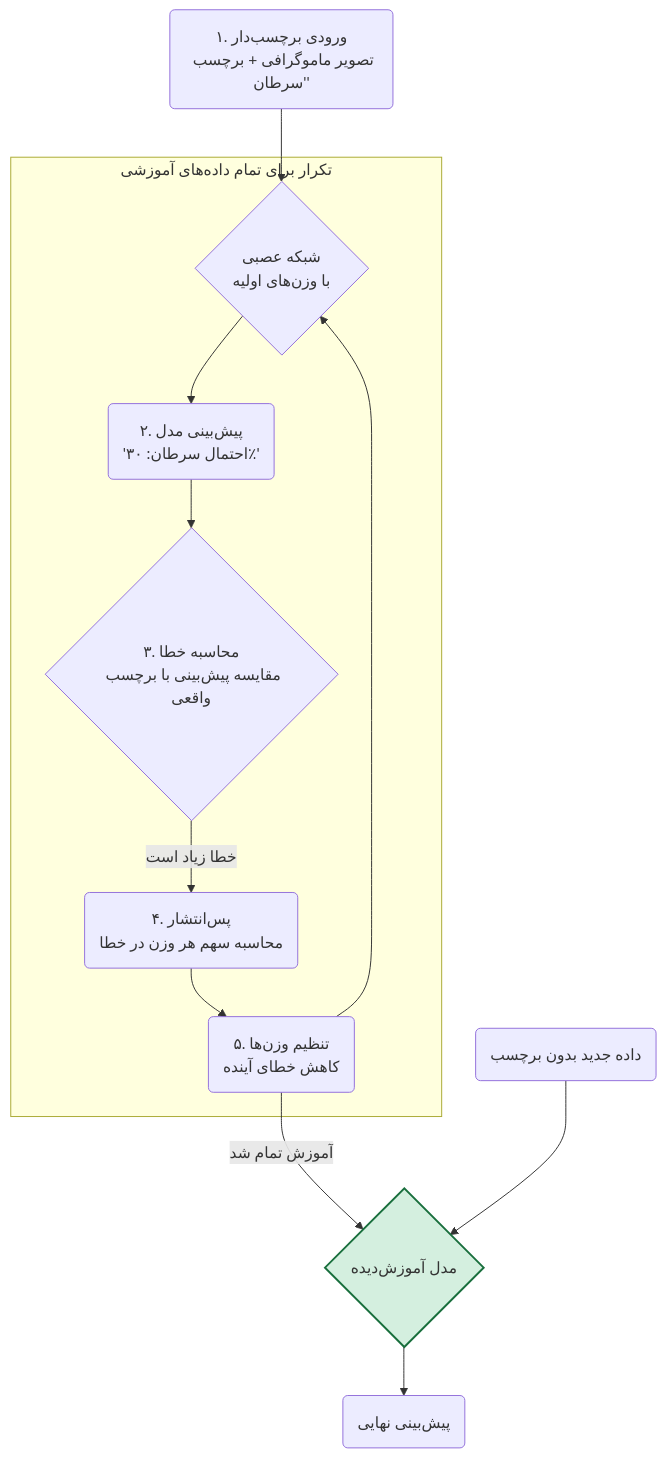
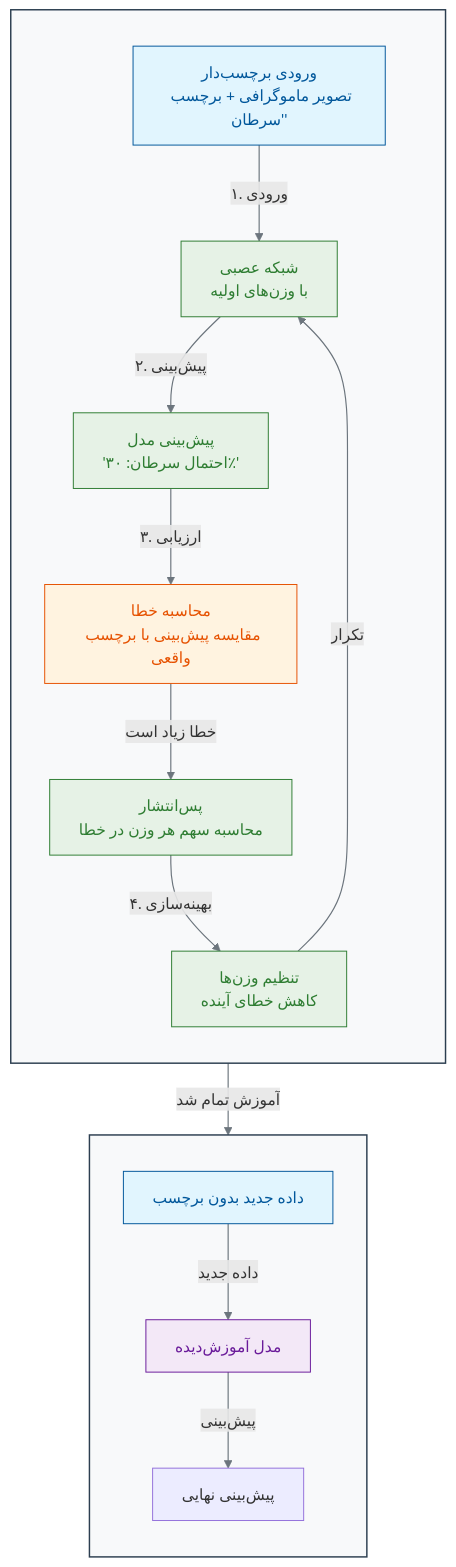
Before and after one commit to rezashahnazar/practical-ai-in-biology-book: the diagram in 02-how-machines-learn/02-supervised-learning.md, drawn with Mermaid. The commit also changed other lines of this file and 6 other files, not shown here.

Commit message:
Enhance content in multiple chapters on machine learning, including detailed explanations of supervised and unsupervised learning, case study on AlphaFold, and an interactive exercise for training a neuron. Add references and improve clarity throughout the sections.

````diff
--- a/02-how-machines-learn/02-supervised-learning.md
+++ b/02-how-machines-learn/02-supervised-learning.md
@@ -43,23 +44,52 @@
 ```mermaid
-graph TD
-    A(۱. ورودی برچسب‌دار<br>تصویر ماموگرافی + برچسب 'سرطان') --> B{شبکه عصبی<br>با وزن‌های اولیه};
-    B --> C(۲. پیش‌بینی مدل<br>'احتمال سرطان: ۳۰٪');
-    C --> D{۳. محاسبه خطا<br>مقایسه پیش‌بینی با برچسب واقعی};
-    D -- خطا زیاد است --> E(۴. پس‌انتشار<br>محاسبه سهم هر وزن در خطا);
-    E --> F(۵. تنظیم وزن‌ها<br>کاهش خطای آینده);
-    F --> B;
+flowchart TD
+    %% Style Definitions
+    classDef phase fill:#f8f9fa,stroke:#2c3e50,stroke-width:1.5px,color:#2c3e50
+    classDef input fill:#e1f5fe,stroke:#01579b,stroke-width:1px,color:#01579b
+    classDef process fill:#e6f2e6,stroke:#2e7d32,stroke-width:1px,color:#2e7d32
+    classDef model fill:#f3e8f7,stroke:#6a1b9a,stroke-width:1px,color:#6a1b9a
+    classDef decision fill:#fff3e0,stroke:#e65100,stroke-width:1px,color:#e65100
 
-    subgraph "تکرار برای تمام داده‌های آموزشی"
-      B
-      C
-      D
-      E
-      F
+    %% Supervised Learning Process
+    subgraph Training [" "]
+        direction TB
+        A["ورودی برچسب‌دار<br>تصویر ماموگرافی + برچسب 'سرطان'"]
+        B["شبکه عصبی<br>با وزن‌های اولیه"]
+        C["پیش‌بینی مدل<br>'احتمال سرطان: ۳۰٪'"]
+        D["محاسبه خطا<br>مقایسه پیش‌بینی با برچسب واقعی"]
+        E["پس‌انتشار<br>محاسبه سهم هر وزن در خطا"]
+        F["تنظیم وزن‌ها<br>کاهش خطای آینده"]
     end
 
-    F -- آموزش تمام شد --> G{مدل آموزش‌دیده};
-    H(داده جدید بدون برچسب) --> G;
-    G --> I(پیش‌بینی نهایی);
+    subgraph Inference [" "]
+        direction TB
+        G["مدل آموزش‌دیده"]
+        H["داده جدید بدون برچسب"]
+        I["پیش‌بینی نهایی"]
+    end
 
-    style G fill:#D4EFDF,stroke:#196F3D,stroke-width:2px
+    %% Training Loop Connections
+    A -->|"۱. ورودی"| B
+    B -->|"۲. پیش‌بینی"| C
+    C -->|"۳. ارزیابی"| D
+    D -->|"خطا زیاد است"| E
+    E -->|"۴. بهینه‌سازی"| F
+    F -->|"تکرار"| B
+
+    %% Inference Connections
+    F -->|"آموزش تمام شد"| G
+    H -->|"داده جدید"| G
+    G -->|"پیش‌بینی"| I
+
+    %% Apply Styles
+    class Training,Inference phase
+    class A,H input
+    class B,C,D,E,F process
+    class G model
+    class D decision
+
+    %% Additional Styling for Rounded Shapes and Spacing
+    style Training fill:#f8f9fa,stroke:#2c3e50,stroke-width:1.5px
+    style Inference fill:#f8f9fa,stroke:#2c3e50,stroke-width:1.5px
+    linkStyle default stroke:#6c757d,stroke-width:1.2px
 ```
````
